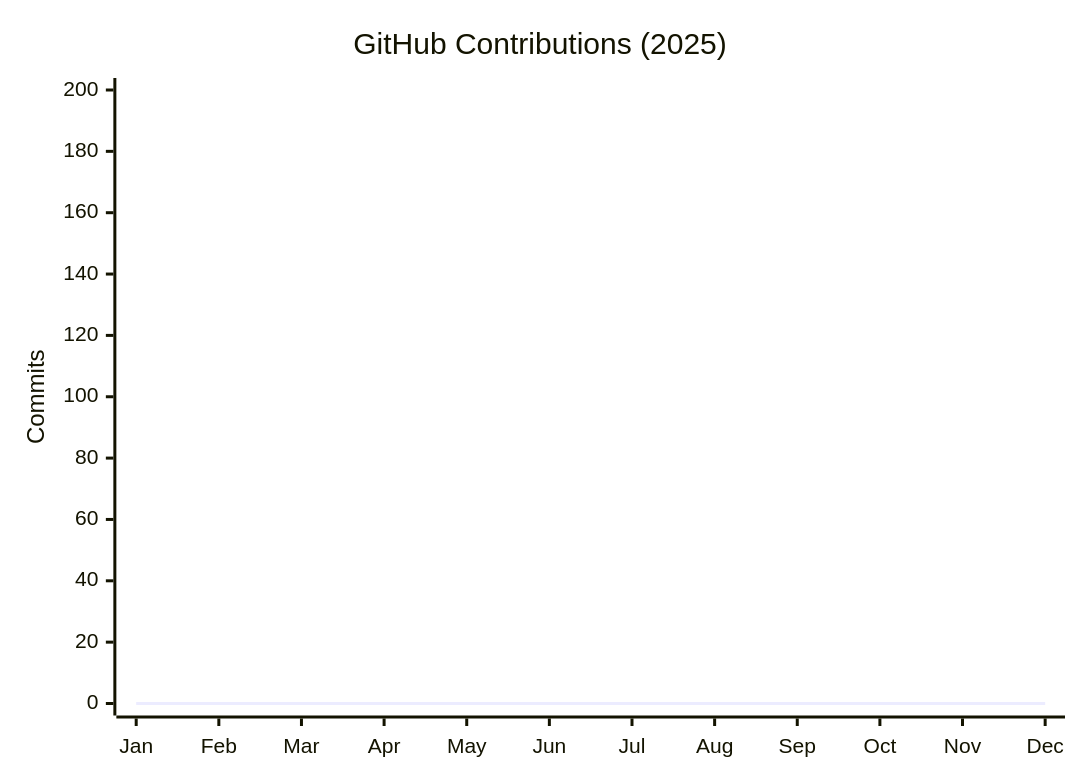
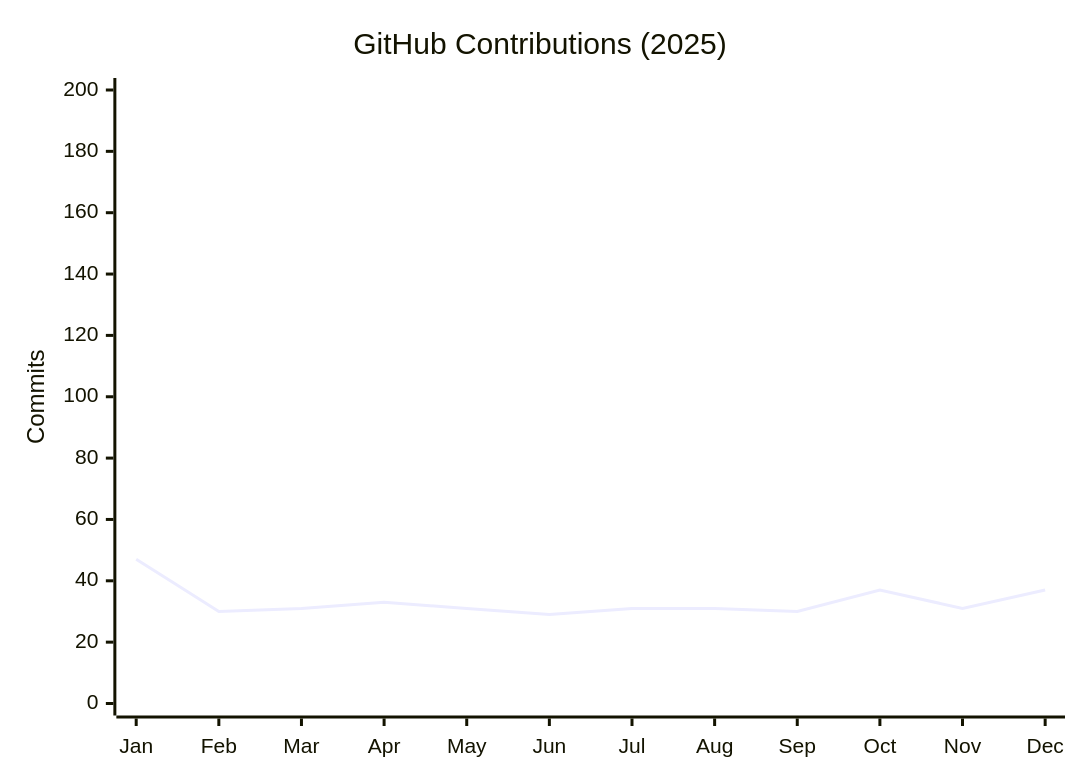
The diagram in README.md (lorenz-MotionGraphics/lorenz-MotionGraphics), drawn with Mermaid before and after one commit.

Commit message:
📈 Update contribution chart

````diff
--- a/README.md
+++ b/README.md
@@ -13,7 +13,7 @@
 ```mermaid
 xychart-beta
     title "GitHub Contributions (2025)"
     x-axis ["Jan","Feb","Mar","Apr","May","Jun","Jul","Aug","Sep","Oct","Nov","Dec"]
     y-axis "Commits" 0 --> 200
-    line [0,0,0,0,0,0,0,0,0,0,0,0]
+    line [47, 30, 31, 33, 31, 29, 31, 31, 30, 37, 31, 37]
 ```
````
